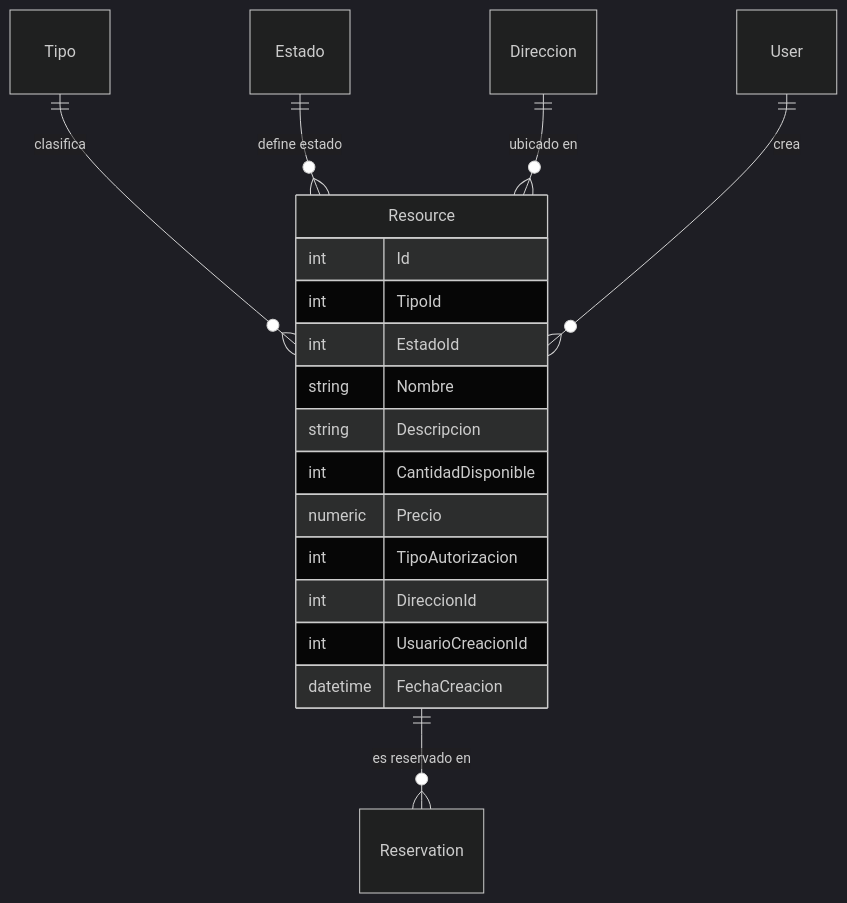
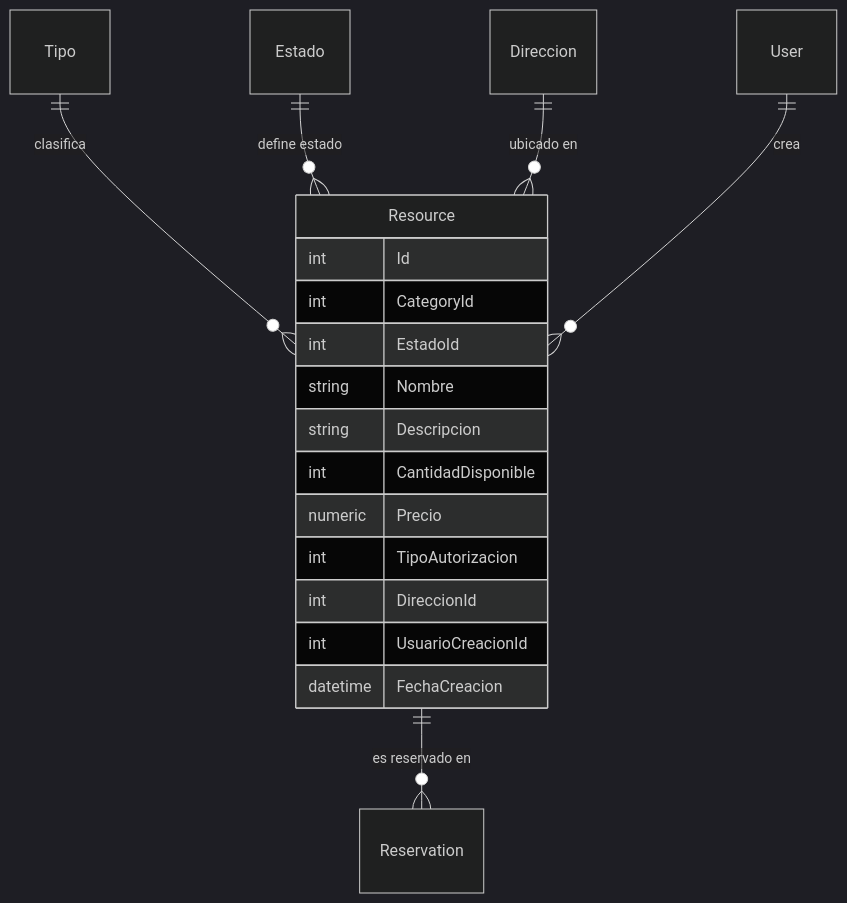
The diagram in docs/models-domain/resource.md (jose-angell/EventResourceReservationAppDocs), drawn with Mermaid (dark theme) before and after one commit. The commit also changed other lines of this file and 3 other files, not shown here.

````diff
--- a/docs/models-domain/resource.md
+++ b/docs/models-domain/resource.md
@@ -24,23 +24,23 @@
  ``` mermaid
 erDiagram
     Resource {
         int Id
-        int TipoId
+        int CategoryId
         int EstadoId
         string Nombre
         string Descripcion
         int CantidadDisponible
         numeric Precio
         int TipoAutorizacion
         int DireccionId
         int UsuarioCreacionId
         datetime FechaCreacion
     }
 
     Tipo ||--o{ Resource : "clasifica"
     Estado ||--o{ Resource : "define estado"
     Direccion ||--o{ Resource : "ubicado en"
     User ||--o{ Resource : "crea"
     Resource ||--o{ Reservation : "es reservado en"
 
 ```
````
